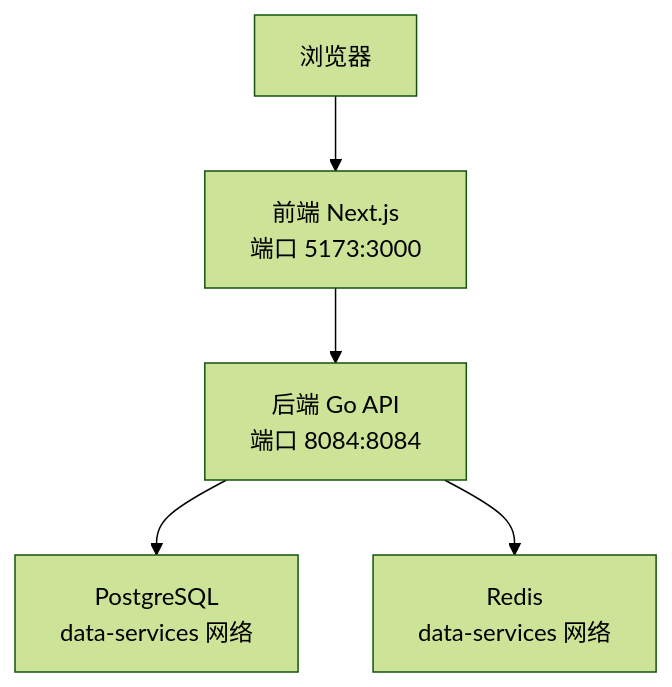
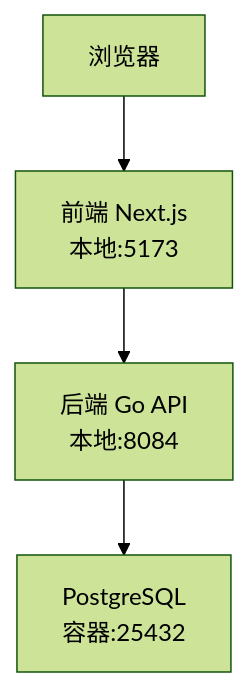
Before and after one commit to alvinwangzi/goodhr: the first of 5 diagrams in .qoder/repowiki/zh/content/部署指南/Docker容器化部署.md, drawn with Mermaid (forest theme). The commit also changed other lines of this file and 10 other files, not shown here.

````diff
--- a/.qoder/repowiki/zh/content/部署指南/Docker容器化部署.md
+++ b/.qoder/repowiki/zh/content/部署指南/Docker容器化部署.md
@@ -38,7 +47,6 @@
 ```mermaid
 graph TB
-A["浏览器"] --> B["前端 Next.js<br/>端口 5173:3000"]
-B --> C["后端 Go API<br/>端口 8084:8084"]
-C --> D["PostgreSQL<br/>data-services 网络"]
-C --> E["Redis<br/>data-services 网络"]
+A["浏览器"] --> B["前端 Next.js<br/>本地:5173"]
+B --> C["后端 Go API<br/>本地:8084"]
+C --> D["PostgreSQL<br/>容器:25432"]
 ```
````
